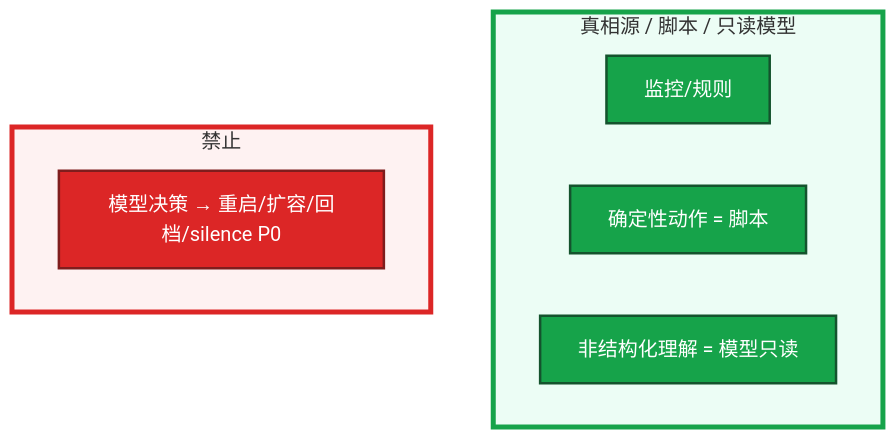
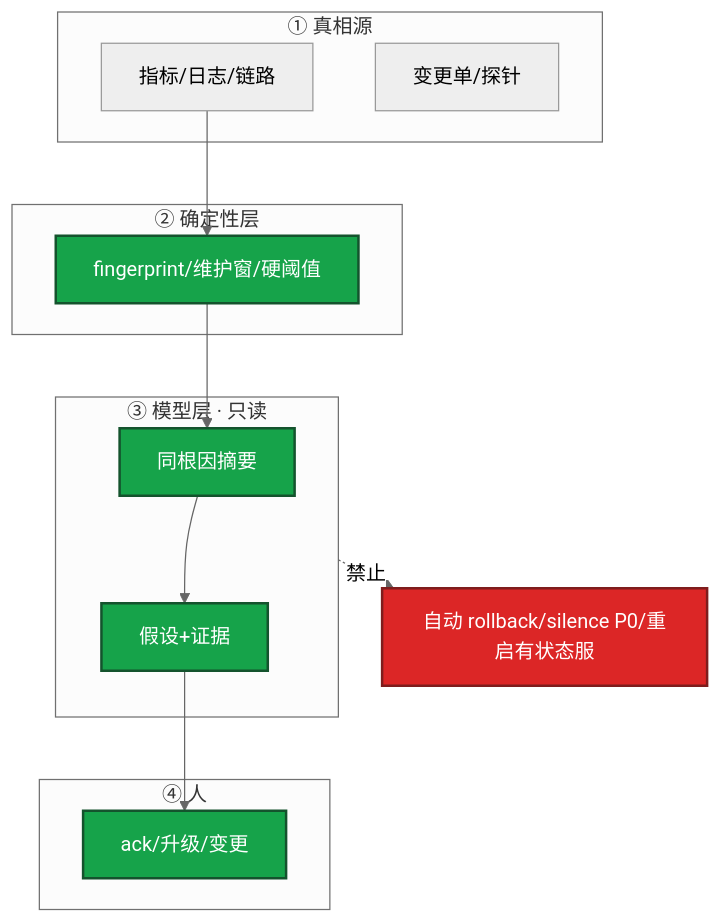
Before and after one commit to ml-cuizijun/LearnToLilith: the diagram in 09-AI与智能运维/09-AIOps落地/练习题.md, drawn with Mermaid (neutral theme). The commit also changed other lines of this file and 213 other files, not shown here.

````diff
--- a/09-AI与智能运维/09-AIOps落地/练习题.md
+++ b/09-AI与智能运维/09-AIOps落地/练习题.md
@@ -44,17 +48,23 @@
 ```mermaid
 flowchart TB
-    subgraph ok ["真相源 / 脚本 / 只读模型"]
-        a[监控/规则]
-        b[确定性动作 = 脚本]
-        c[非结构化理解 = 模型只读]
+    subgraph src ["① 真相源"]
+        m[指标/日志/链路]
+        ch[变更单/探针]
     end
-    subgraph no ["禁止"]
-        x[模型决策 → 重启/扩容/回档/silence P0]
+    subgraph det ["② 确定性层"]
+        fp[fingerprint/维护窗/硬阈值]
     end
-    classDef g fill:#16A34A,stroke:#14532D,stroke-width:2px,color:#fff
-    classDef r fill:#DC2626,stroke:#7F1D1D,stroke-width:2px,color:#fff
-    class a,b,c g
-    class x r
-    style ok fill:#ECFDF5,stroke:#16A34A,stroke-width:4px
-    style no fill:#FEF2F2,stroke:#DC2626,stroke-width:4px
+    subgraph llm ["③ 模型层 · 只读"]
+        sum[同根因摘要]
+        rca[假设+证据]
+    end
+    subgraph human ["④ 人"]
+        ack[ack/升级/变更]
+    end
+    m --> fp --> sum --> rca --> ack
+    llm -.->|禁止| x[自动 rollback/silence P0/重启有状态服]
+    classDef ok fill:#16A34A,stroke:#14532D,stroke-width:2px,color:#fff
+    classDef bad fill:#DC2626,stroke:#7F1D1D,stroke-width:2px,color:#fff
+    class fp,sum,rca,ack ok
+    class x bad
 ```
````
